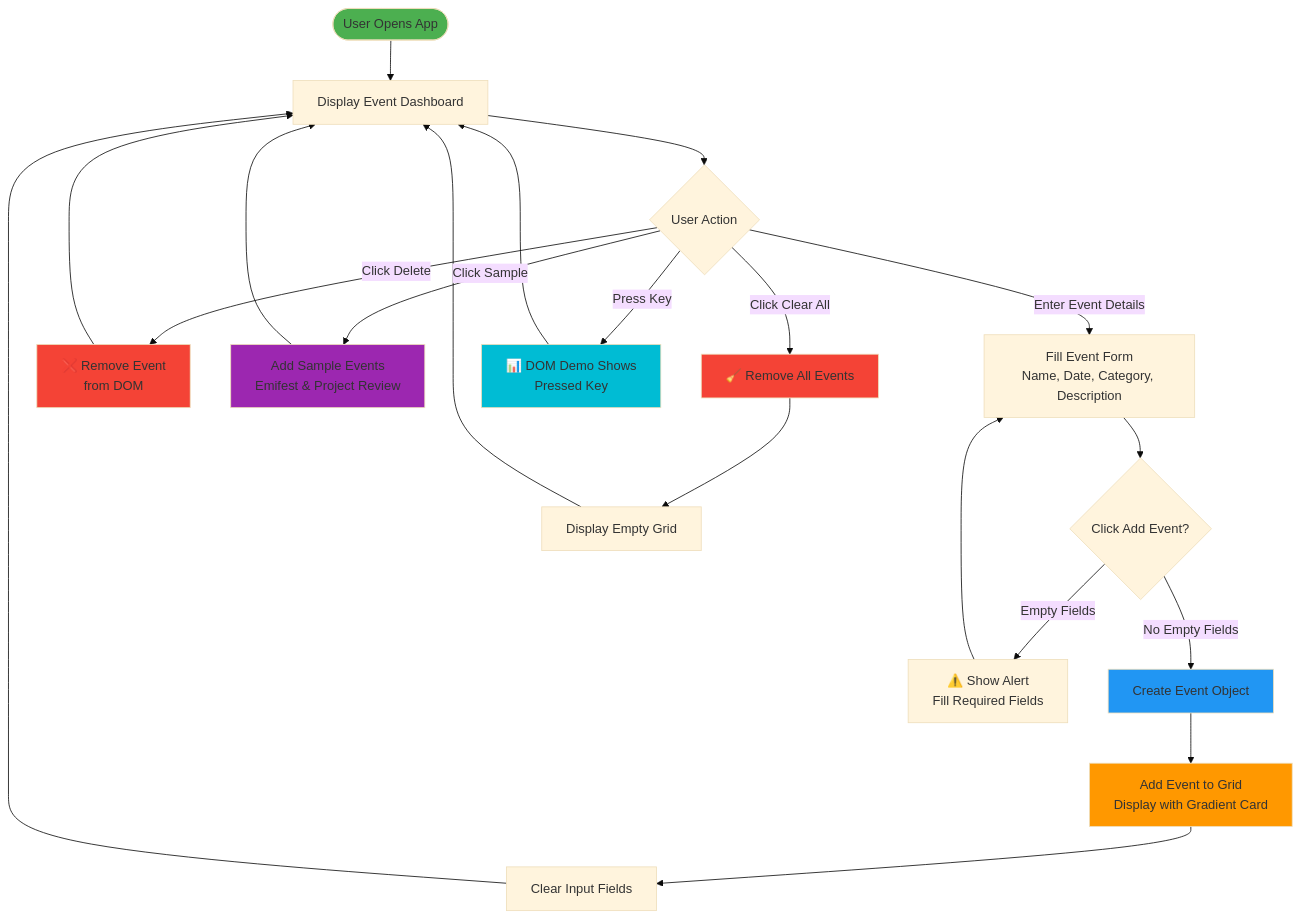
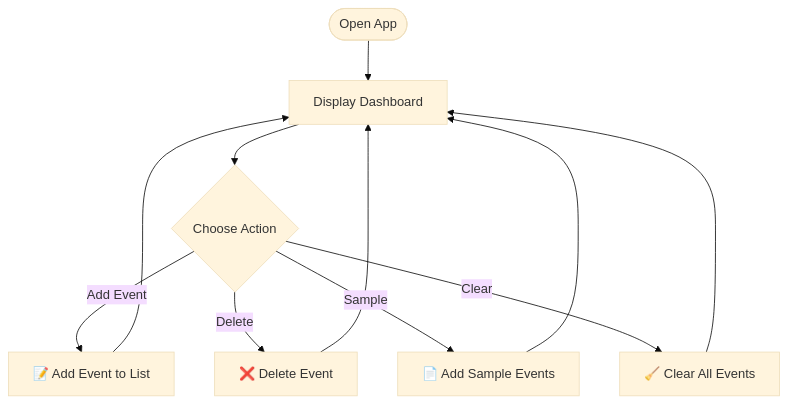
One commit to muskan-codes-22/Assignment-Event-maneger changed the diagram in README.md. Above: the diagram before and after it, drawn with Mermaid (base theme). The commit also changed 1 other file, not shown here.

Commit message:
Update README.md flowchart for clarity and enhance CSS styles for better layout

````diff
--- a/README.md
+++ b/README.md
@@ -27,36 +27,15 @@
 ```mermaid
 flowchart TD
-    Start([User Opens App]) --> Display[Display Event Dashboard]
-    Display --> Menu{User Action}
+    Start([Open App]) --> Show[Display Dashboard]
+    Show --> Choice{Choose Action}
 
-    Menu -->|Enter Event Details| Input[Fill Event Form<br/>Name, Date, Category, Description]
-    Input --> AddBtn{Click Add Event?}
-    AddBtn -->|No Empty Fields| Create[Create Event Object]
-    AddBtn -->|Empty Fields| Alert["⚠️ Show Alert<br/>Fill Required Fields"]
-    Alert --> Input
+    Choice -->|Add Event| Add[📝 Add Event to List]
+    Choice -->|Delete| Delete[❌ Delete Event]
+    Choice -->|Sample| Sample[📄 Add Sample Events]
+    Choice -->|Clear| Clear[🧹 Clear All Events]
 
-    Create --> Grid[Add Event to Grid<br/>Display with Gradient Card]
-    Grid --> Clear[Clear Input Fields]
-    Clear --> Display
-
-    Menu -->|Click Delete| Delete["❌ Remove Event<br/>from DOM"]
-    Delete --> Display
-
-    Menu -->|Click Sample| Sample[Add Sample Events<br/>Emifest & Project Review]
-    Sample --> Display
-
-    Menu -->|Click Clear All| ClearAll["🧹 Remove All Events"]
-    ClearAll --> Empty["Display Empty Grid"]
-    Empty --> Display
-
-    Menu -->|Press Key| DOM["📊 DOM Demo Shows<br/>Pressed Key"]
-    DOM --> Display
-
-    style Start fill:#4CAF50
-    style Create fill:#2196F3
-    style Grid fill:#FF9800
-    style Delete fill:#f44336
-    style ClearAll fill:#f44336
-    style Sample fill:#9C27B0
-    style DOM fill:#00BCD4
+    Add --> Show
+    Delete --> Show
+    Sample --> Show
+    Clear --> Show
 ```
````
